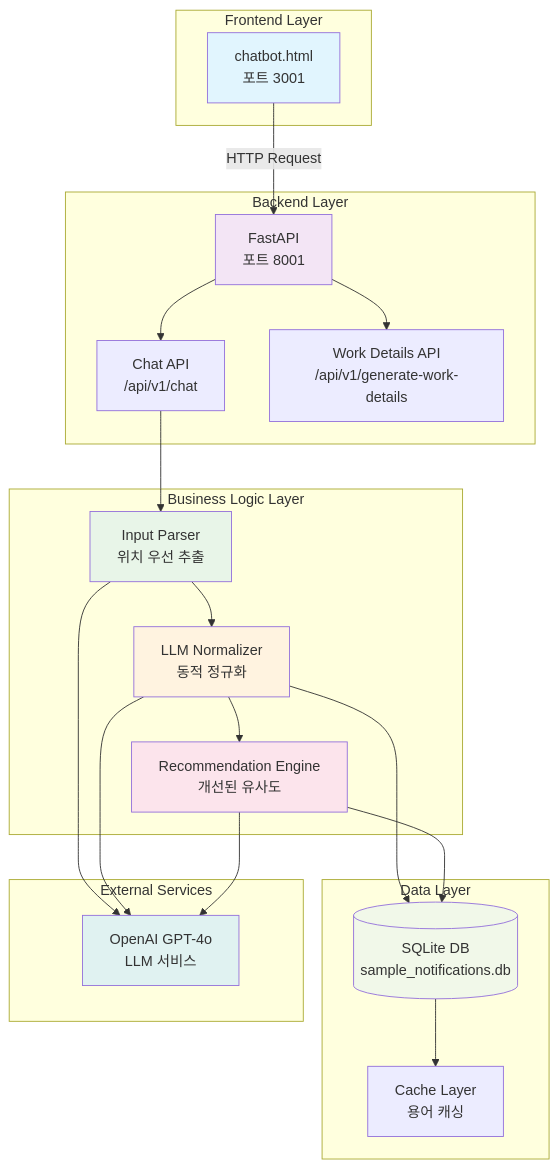
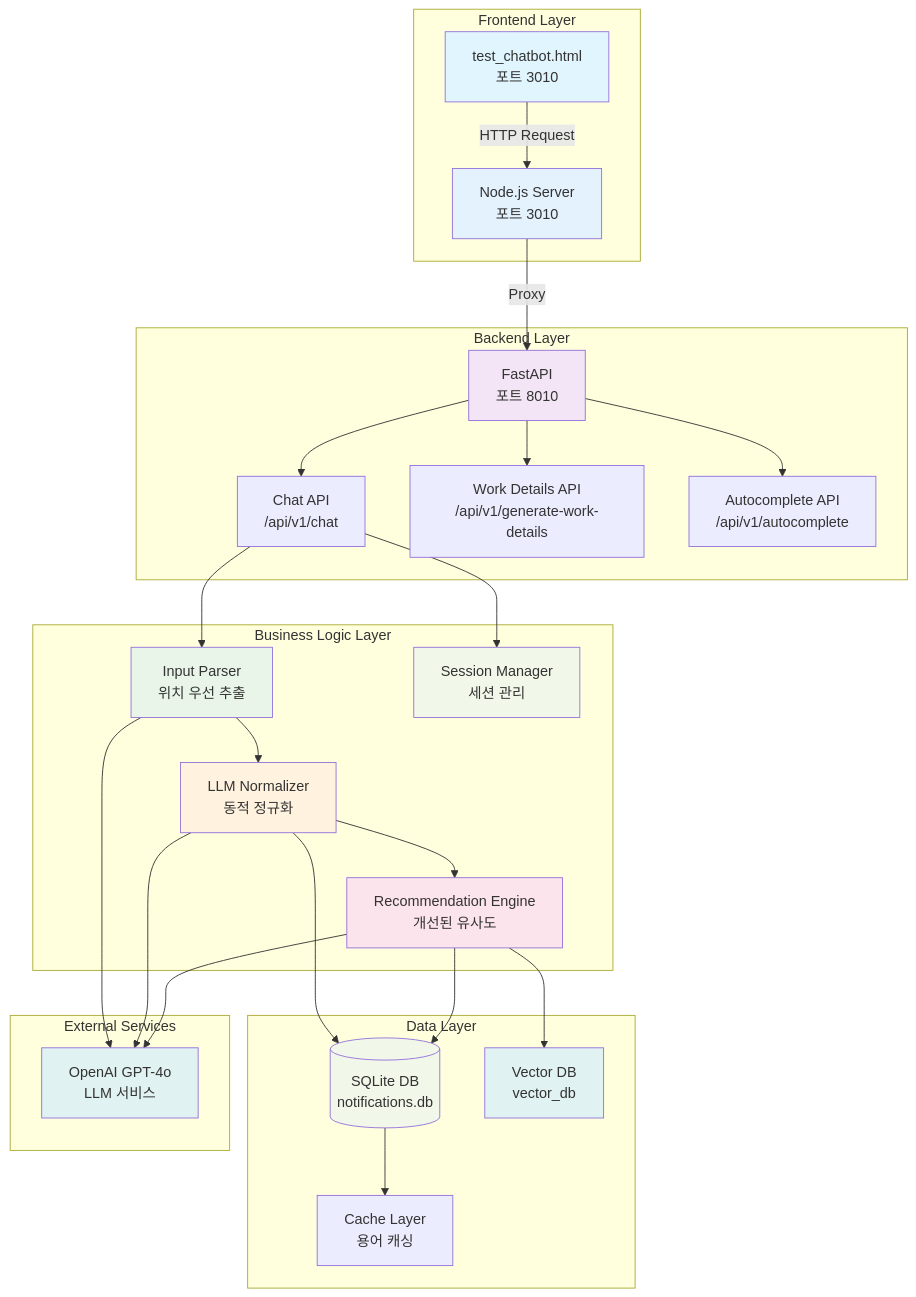
One commit to SKAI-KojunK/PMark3 changed the first of 3 diagrams in docs/SYSTEM_ARCHITECTURE.md. Above: the diagram before and after it, drawn with Mermaid. The commit also changed other lines of this file and 5 other files, not shown here.

````diff
--- a/docs/SYSTEM_ARCHITECTURE.md
+++ b/docs/SYSTEM_ARCHITECTURE.md
@@ -9,51 +9,62 @@
 ```mermaid
 graph TB
     subgraph "Frontend Layer"
-        UI[chatbot.html<br/>포트 3001]
+        UI[test_chatbot.html<br/>포트 3010]
+        NODE[Node.js Server<br/>포트 3010]
     end
     
     subgraph "Backend Layer"
-        API[FastAPI<br/>포트 8001]
+        API[FastAPI<br/>포트 8010]
         CHAT[Chat API<br/>/api/v1/chat]
         WORK[Work Details API<br/>/api/v1/generate-work-details]
+        AUTO[Autocomplete API<br/>/api/v1/autocomplete]
     end
     
     subgraph "Business Logic Layer"
         PARSER[Input Parser<br/>위치 우선 추출]
         NORM[LLM Normalizer<br/>동적 정규화]
         REC[Recommendation Engine<br/>개선된 유사도]
+        SESSION[Session Manager<br/>세션 관리]
     end
     
     subgraph "Data Layer"
-        DB[(SQLite DB<br/>sample_notifications.db)]
+        DB[(SQLite DB<br/>notifications.db)]
+        VECTOR[Vector DB<br/>vector_db]
         CACHE[Cache Layer<br/>용어 캐싱]
     end
     
     subgraph "External Services"
         OPENAI[OpenAI GPT-4o<br/>LLM 서비스]
     end
     
-    UI -->|HTTP Request| API
+    UI -->|HTTP Request| NODE
+    NODE -->|Proxy| API
     API --> CHAT
     API --> WORK
+    API --> AUTO
     
     CHAT --> PARSER
+    CHAT --> SESSION
     PARSER --> NORM
     NORM --> REC
     
     PARSER --> OPENAI
     NORM --> OPENAI
     REC --> OPENAI
     
     NORM --> DB
     REC --> DB
+    REC --> VECTOR
     DB --> CACHE
     
     style UI fill:#e1f5fe
+    style NODE fill:#e3f2fd
     style API fill:#f3e5f5
     style PARSER fill:#e8f5e8
     style NORM fill:#fff3e0
     style REC fill:#fce4ec
+    style SESSION fill:#f1f8e9
     style DB fill:#f1f8e9
+    style VECTOR fill:#e0f2f1
     style OPENAI fill:#e0f2f1
 ```
````
